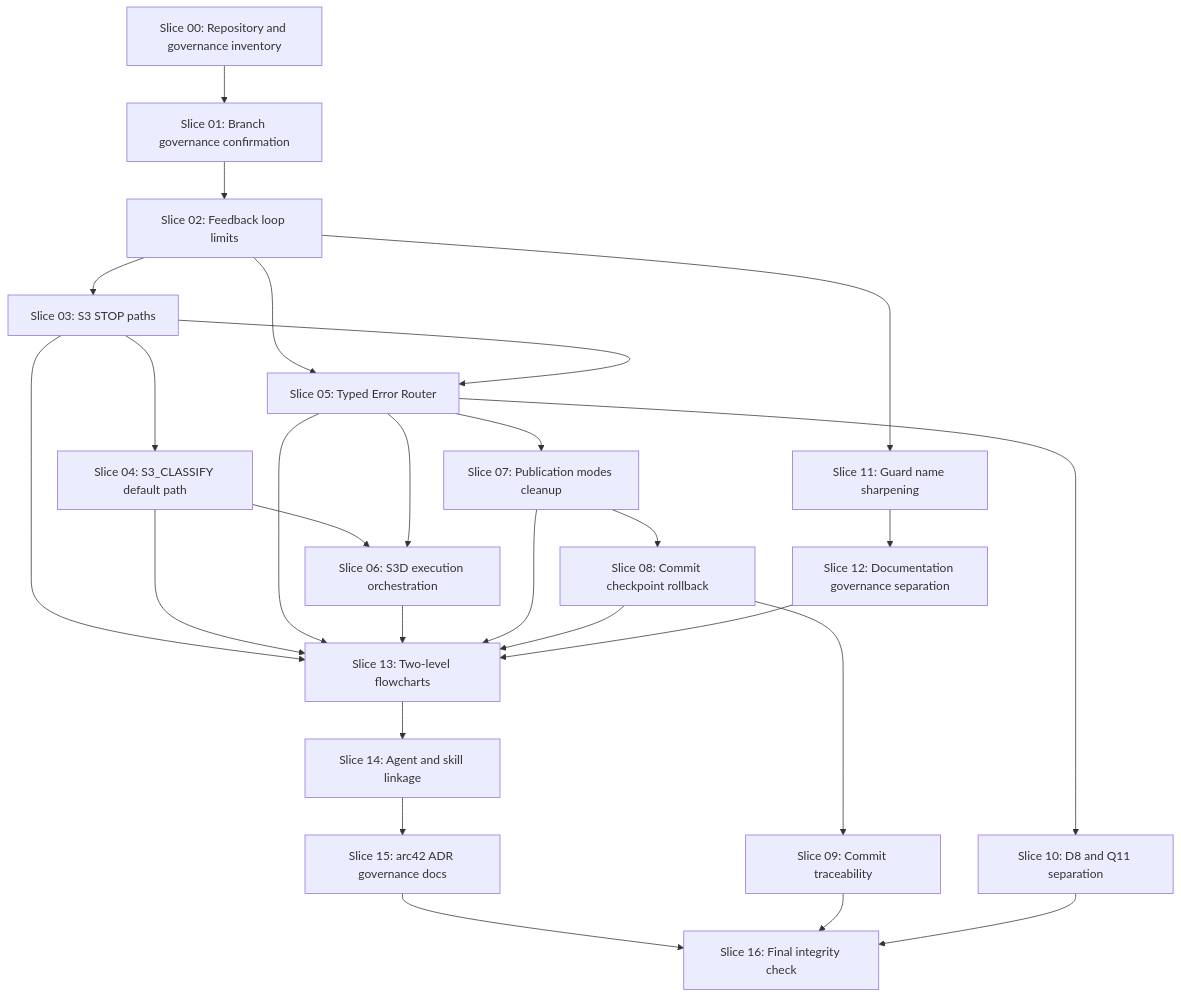
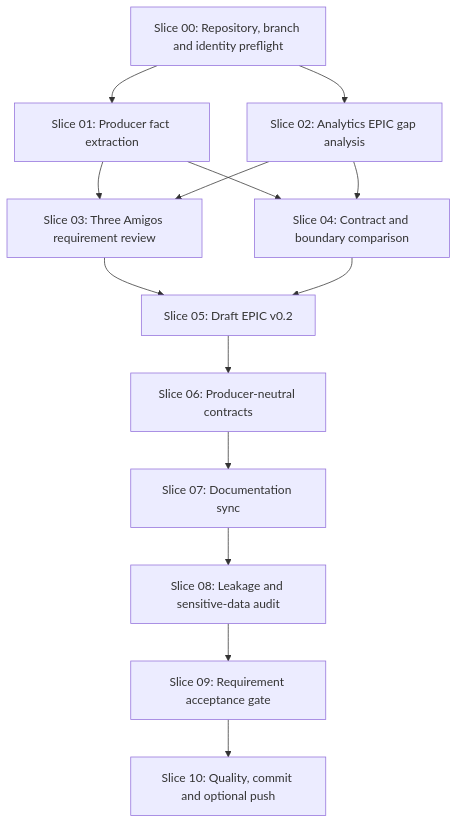
The diagram in docs/workflow/slice-dependency-map.md (MatthiasBurger-Coder/forensic_analytics), drawn with Mermaid before and after one commit. The commit also changed other lines of this file and 8 other files, not shown here.

First line of the commit message:
docs(workflow): create tracing analytics epic alignment workflow

````diff
--- a/docs/workflow/slice-dependency-map.md
+++ b/docs/workflow/slice-dependency-map.md
@@ -5,38 +14,28 @@
 ```mermaid
 flowchart TD
-  S00["Slice 00: Repository and governance inventory"]
-  S01["Slice 01: Branch governance confirmation"]
-  S02["Slice 02: Feedback loop limits"]
-  S03["Slice 03: S3 STOP paths"]
-  S04["Slice 04: S3_CLASSIFY default path"]
-  S05["Slice 05: Typed Error Router"]
-  S06["Slice 06: S3D execution orchestration"]
-  S07["Slice 07: Publication modes cleanup"]
-  S08["Slice 08: Commit checkpoint rollback"]
-  S09["Slice 09: Commit traceability"]
-  S10["Slice 10: D8 and Q11 separation"]
-  S11["Slice 11: Guard name sharpening"]
-  S12["Slice 12: Documentation governance separation"]
-  S13["Slice 13: Two-level flowcharts"]
-  S14["Slice 14: Agent and skill linkage"]
-  S15["Slice 15: arc42 ADR governance docs"]
-  S16["Slice 16: Final integrity check"]
+  S00["Slice 00: Repository, branch and identity preflight"]
+  S01["Slice 01: Producer fact extraction"]
+  S02["Slice 02: Analytics EPIC gap analysis"]
+  S03["Slice 03: Three Amigos requirement review"]
+  S04["Slice 04: Contract and boundary comparison"]
+  S05["Slice 05: Draft EPIC v0.2"]
+  S06["Slice 06: Producer-neutral contracts"]
+  S07["Slice 07: Documentation sync"]
+  S08["Slice 08: Leakage and sensitive-data audit"]
+  S09["Slice 09: Requirement acceptance gate"]
+  S10["Slice 10: Quality, commit and optional push"]
 
-  S00 --> S01 --> S02
-  S02 --> S03 --> S04 --> S06
-  S02 --> S05 --> S06
+  S00 --> S01
+  S00 --> S02
+  S01 --> S03
+  S02 --> S03
+  S01 --> S04
+  S02 --> S04
   S03 --> S05
-  S05 --> S07 --> S08 --> S09
-  S05 --> S10
-  S02 --> S11 --> S12
-  S03 --> S13
-  S04 --> S13
-  S05 --> S13
-  S06 --> S13
-  S07 --> S13
-  S08 --> S13
-  S12 --> S13
-  S13 --> S14 --> S15 --> S16
-  S09 --> S16
-  S10 --> S16
+  S04 --> S05
+  S05 --> S06
+  S06 --> S07
+  S07 --> S08
+  S08 --> S09
+  S09 --> S10
 ```
````
